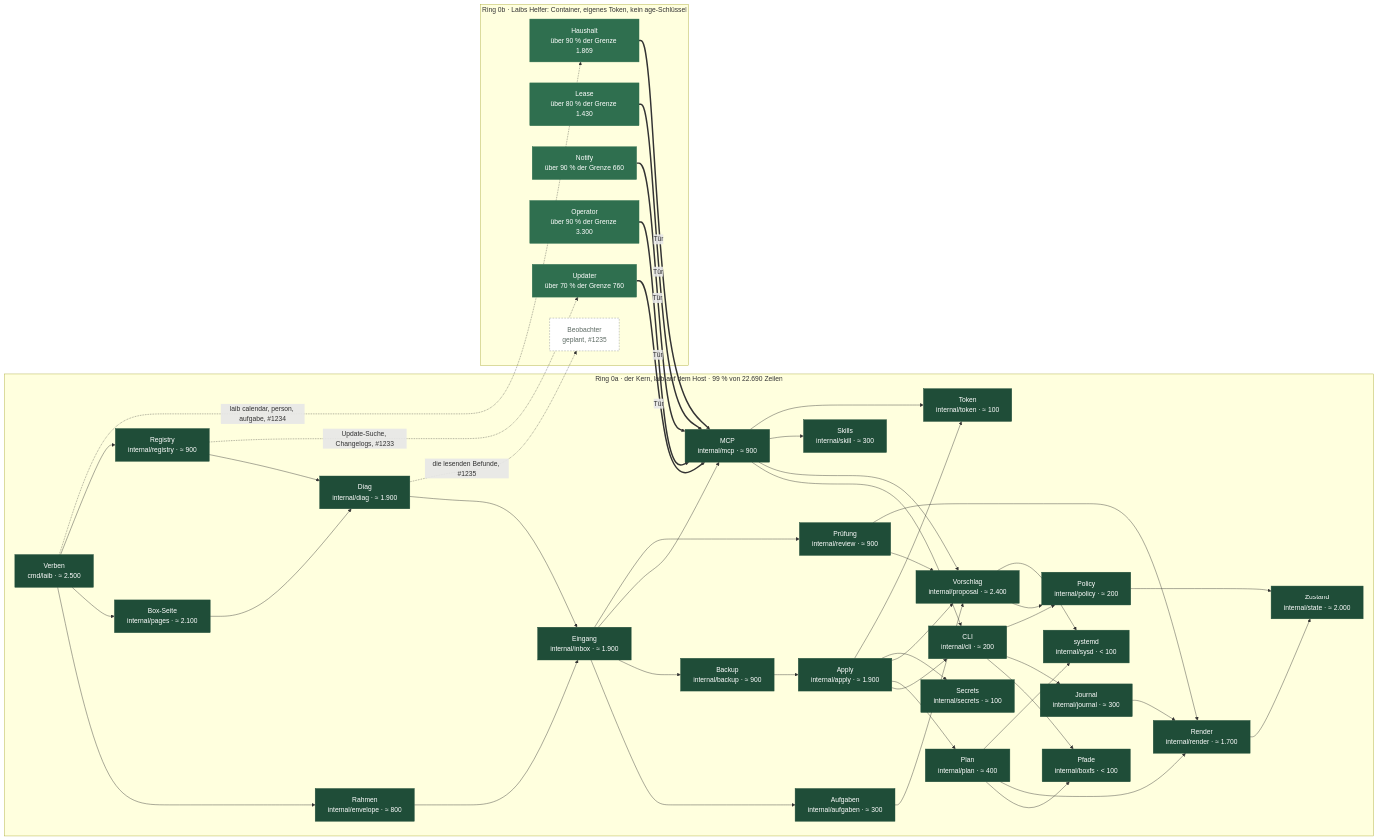
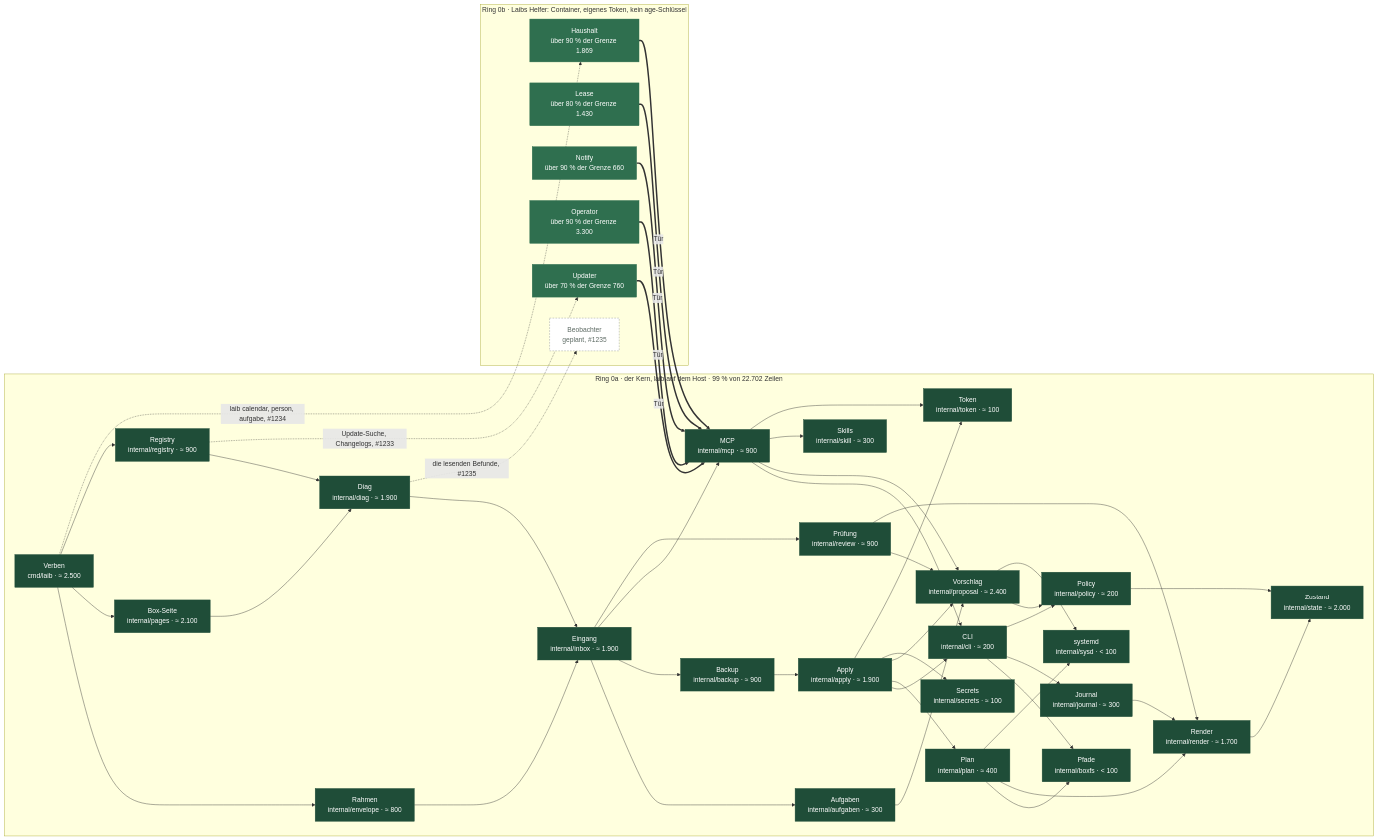
Before and after one commit to mdopp/laib: the fourth of 5 diagrams in docs/C4.md, drawn with Mermaid. The commit also changed 18 other files, not shown here.

```diff
--- a/docs/C4.md
+++ b/docs/C4.md
@@ -238,7 +238,7 @@
   classDef s1 fill:#e2efe7,stroke:#2f6f4f,color:#1c1f1d
   classDef s2 fill:#cfe3d6,stroke:#2f6f4f,color:#1c1f1d
   classDef plan fill:#fff,stroke:#8a918c,color:#5d6a63,stroke-dasharray:4 3
-  subgraph r0a["Ring 0a · der Kern, laib auf dem Host · 99 % von 22.690 Zeilen"]
+  subgraph r0a["Ring 0a · der Kern, laib auf dem Host · 99 % von 22.702 Zeilen"]
     k_cmd_laib["Verben<br/>cmd/laib · ≈ 2.500"]:::kern
     k_internal_apply["Apply<br/>internal/apply · ≈ 1.900"]:::kern
     k_internal_aufgaben["Aufgaben<br/>internal/aufgaben · ≈ 300"]:::kern
```
